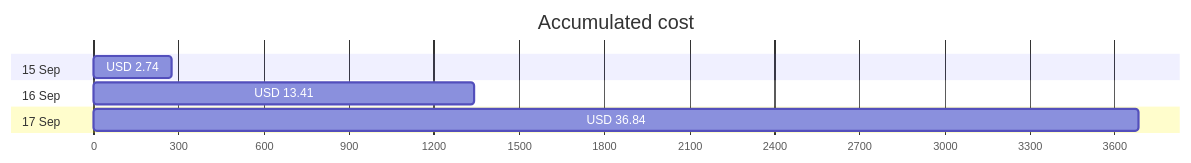
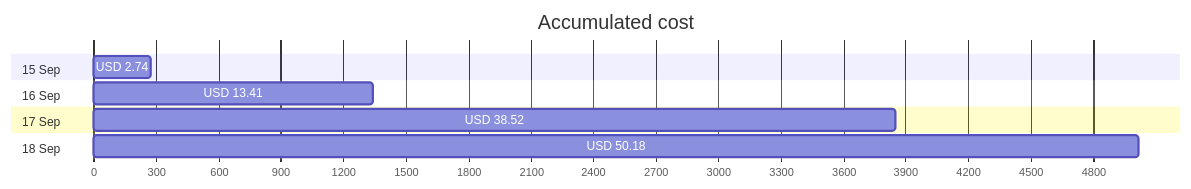
The first of 4 diagrams in cost-reports/personal-network/backupstorage32f3.md (jpfulton/azure-personal-reports), drawn with Mermaid before and after one commit. The commit also changed other lines of this file and 17 other files, not shown here.

````diff
--- a/cost-reports/personal-network/backupstorage32f3.md
+++ b/cost-reports/personal-network/backupstorage32f3.md
@@ -20,12 +20,14 @@
 ```mermaid
 gantt
    title Accumulated cost
    dateFormat  X
    axisFormat %s
    section 15 Sep
    USD 2.74 :0, 274
    section 16 Sep
    USD 13.41 :0, 1341
    section 17 Sep
-   USD 36.84 :0, 3684
+   USD 38.52 :0, 3852
+   section 18 Sep
+   USD 50.18 :0, 5018
 ```
````
